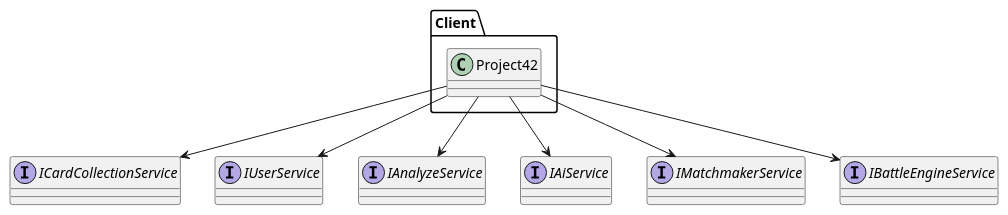
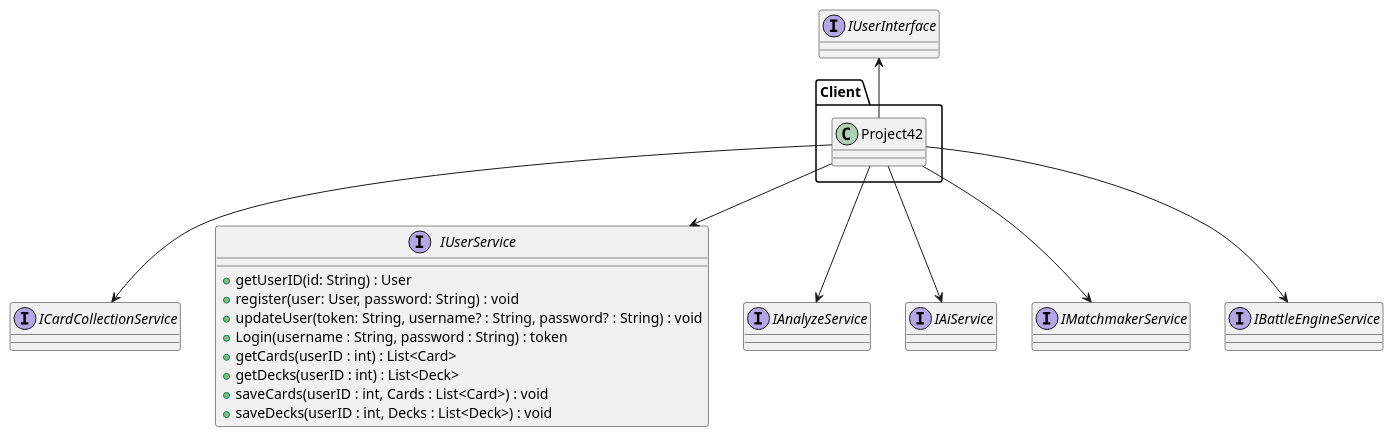
The diagram in implementation view/overviewInterfaces.puml (RobKokx/diagrammen-SAD-Pinc), drawn with PlantUML before and after one commit.

```diff
--- a/implementation view/overviewInterfaces.puml
+++ b/implementation view/overviewInterfaces.puml
@@ -1,22 +1,34 @@
 @startuml
+
+interface "IUserInterface" as UI{}
 
 package Client{
 class "Project42" as client
 }
 
 interface "ICardCollectionService" as CCS{}
-interface "IUserService" as US{}
+interface "IUserService" as US{
++getUserID(id: String) : User
++register(user: User, password: String) : void
++updateUser(token: String, username? : String, password? : String) : void
++Login(username : String, password : String) : token
++getCards(userID : int) : List<Card>
++getDecks(userID : int) : List<Deck>
++saveCards(userID : int, Cards : List<Card>) : void
++saveDecks(userID : int, Decks : List<Deck>) : void
+}
 interface "IAnalyzeService" as AS{}
 interface "IAiService" as AiS{}
 interface "IMatchmakerService" as MS{}
 interface "IBattleEngineService" as BES{}
 
 client --> CCS
 client --> US
 client --> AS
 client --> AiS
 client --> MS
 client --> BES
+UI <-- client
 
 
 @enduml
```
